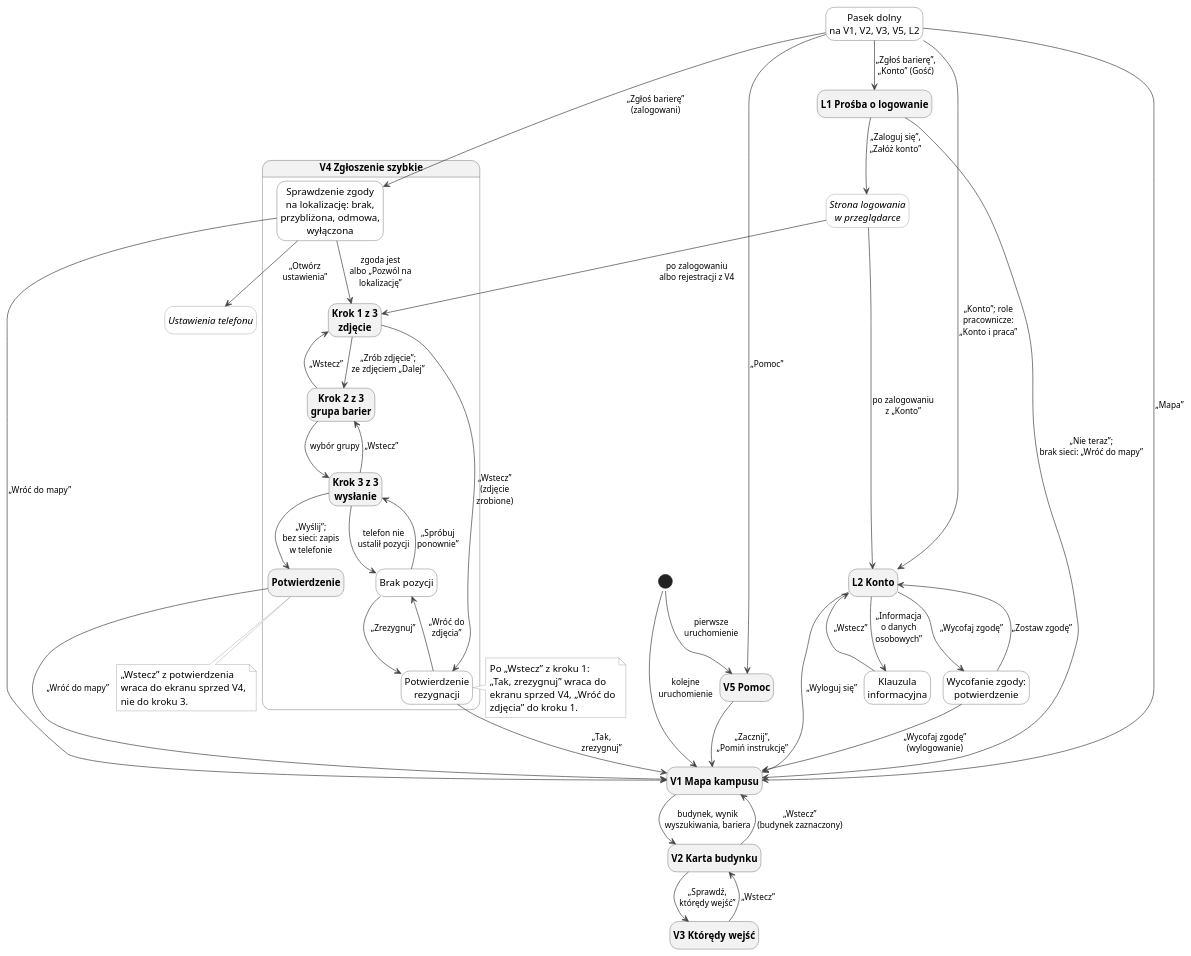
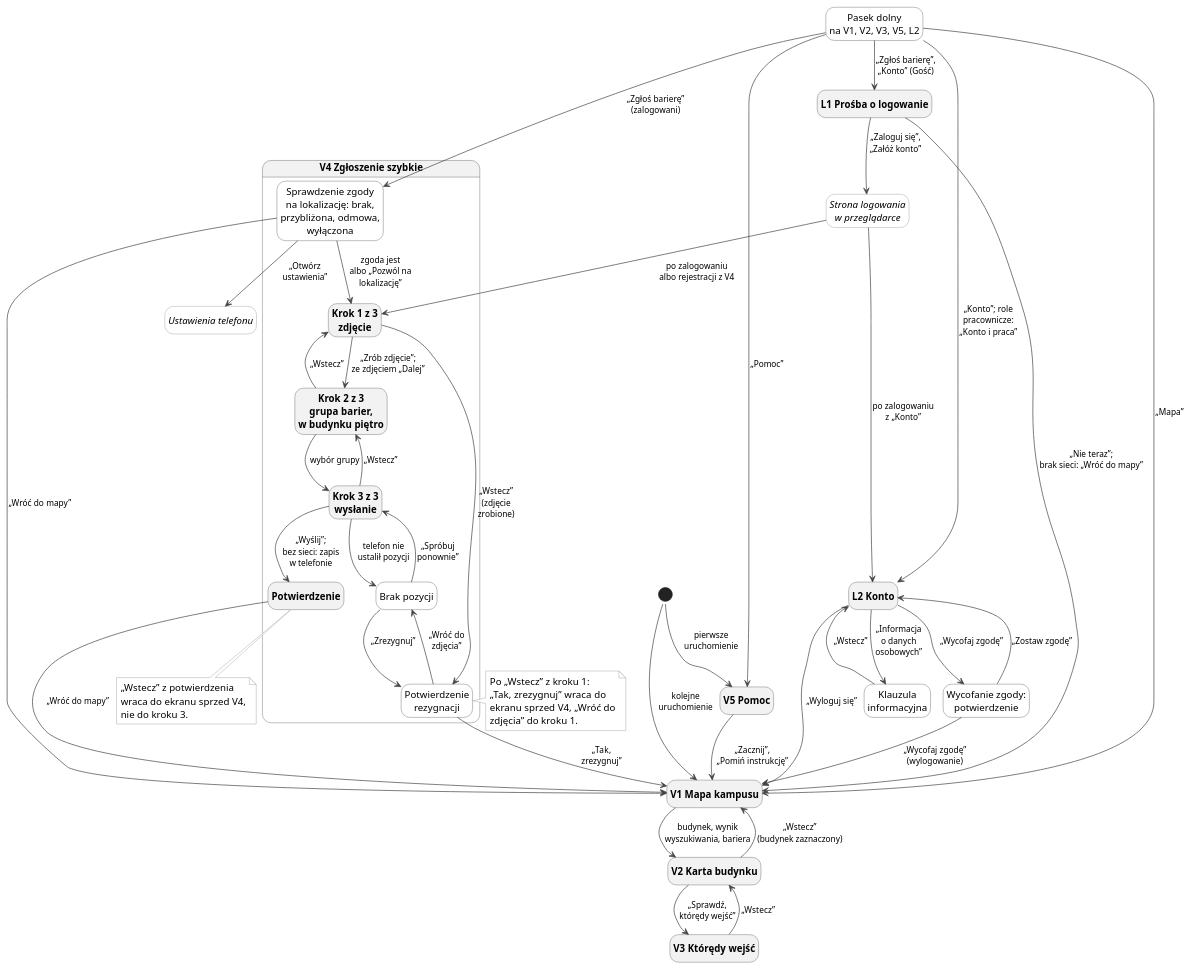
One commit to dostepny-kampus/dostepny-kampus changed the diagram in docs/docs/ux/nawigacja-odwiedzajacy.puml. Above: the diagram before and after it, drawn with PlantUML. The commit also changed 19 other files, not shown here.

```diff
--- a/docs/docs/ux/nawigacja-odwiedzajacy.puml
+++ b/docs/docs/ux/nawigacja-odwiedzajacy.puml
@@ -1,103 +1,103 @@
 @startuml
 !pragma layout smetana
 hide empty description
 skinparam defaultFontSize 14
 skinparam ArrowColor #444444
 skinparam ArrowFontSize 12
 skinparam state {
   BackgroundColor #F2F2F2
   BorderColor #444444
   FontStyle bold
 }
 skinparam state<<poza>> {
   BackgroundColor #FFFFFF
   BorderColor #888888
   FontStyle italic
 }
 skinparam state<<stan>> {
   BackgroundColor #FFFFFF
   BorderColor #444444
   FontStyle normal
 }
 skinparam note {
   BackgroundColor #FFFFFF
   BorderColor #888888
 }
 
 state "V5 Pomoc" as V5
 state "V1 Mapa kampusu" as V1
 state "V2 Karta budynku" as V2
 state "V3 Którędy wejść" as V3
 state "Pasek dolny\nna V1, V2, V3, V5, L2" as PASEK <<stan>>
 state "L1 Prośba o logowanie" as L1
 state "L2 Konto" as L2
 state "Klauzula\ninformacyjna" as KL <<stan>>
 state "Wycofanie zgody:\npotwierdzenie" as WZ <<stan>>
 state "Strona logowania\nw przeglądarce" as WWW <<poza>>
 state "Ustawienia telefonu" as UST <<poza>>
 
 state "V4 Zgłoszenie szybkie" as V4 {
   state "Sprawdzenie zgody\nna lokalizację: brak,\nprzybliżona, odmowa,\nwyłączona" as ZG <<stan>>
   state "Krok 1 z 3\nzdjęcie" as K1
-  state "Krok 2 z 3\ngrupa barier" as K2
+  state "Krok 2 z 3\ngrupa barier,\nw budynku piętro" as K2
   state "Krok 3 z 3\nwysłanie" as K3
   state "Brak pozycji" as BP <<stan>>
   state "Potwierdzenie\nrezygnacji" as PR <<stan>>
   state "Potwierdzenie" as POT
 }
 
 [*] --> V5 : pierwsze\nuruchomienie
 [*] --> V1 : kolejne\nuruchomienie
 V5 --> V1 : „Zacznij”,\n„Pomiń instrukcję”
 V1 --> V2 : budynek, wynik\nwyszukiwania, bariera
 V2 --> V1 : „Wstecz”\n(budynek zaznaczony)
 V2 --> V3 : „Sprawdź,\nktórędy wejść”
 V3 --> V2 : „Wstecz”
 
 PASEK --> V1 : „Mapa”
 PASEK --> V5 : „Pomoc”
 PASEK --> ZG : „Zgłoś barierę”\n(zalogowani)
 PASEK --> L1 : „Zgłoś barierę”,\n„Konto” (Gość)
 PASEK --> L2 : „Konto”; role\npracownicze:\n„Konto i praca”
 
 ZG --> K1 : zgoda jest\nalbo „Pozwól na\nlokalizację”
 ZG --> UST : „Otwórz\nustawienia”
 ZG --> V1 : „Wróć do mapy”
 K1 --> K2 : „Zrób zdjęcie”;\nze zdjęciem „Dalej”
 K2 --> K3 : wybór grupy
 K2 --> K1 : „Wstecz”
 K1 --> PR : „Wstecz”\n(zdjęcie\nzrobione)
 K3 --> K2 : „Wstecz”
 K3 --> POT : „Wyślij”;\nbez sieci: zapis\nw telefonie
 K3 --> BP : telefon nie\nustalił pozycji
 BP --> K3 : „Spróbuj\nponownie”
 BP --> PR : „Zrezygnuj”
 PR --> BP : „Wróć do\nzdjęcia”
 PR --> V1 : „Tak,\nzrezygnuj”
 POT --> V1 : „Wróć do mapy”
 
 L1 --> WWW : „Zaloguj się”,\n„Załóż konto”
 WWW --> K1 : po zalogowaniu\nalbo rejestracji z V4
 WWW --> L2 : po zalogowaniu\nz „Konto”
 L1 --> V1 : „Nie teraz”;\nbrak sieci: „Wróć do mapy”
 
 L2 --> V1 : „Wyloguj się”
 L2 --> WZ : „Wycofaj zgodę”
 WZ --> L2 : „Zostaw zgodę”
 WZ --> V1 : „Wycofaj zgodę”\n(wylogowanie)
 L2 --> KL : „Informacja\no danych\nosobowych”
 KL --> L2 : „Wstecz”
 
 note right of PR
   Po „Wstecz” z kroku 1:
   „Tak, zrezygnuj” wraca do
   ekranu sprzed V4, „Wróć do
   zdjęcia” do kroku 1.
 end note
 
 note bottom of POT
   „Wstecz” z potwierdzenia
   wraca do ekranu sprzed V4,
   nie do kroku 3.
 end note
 @enduml
```
